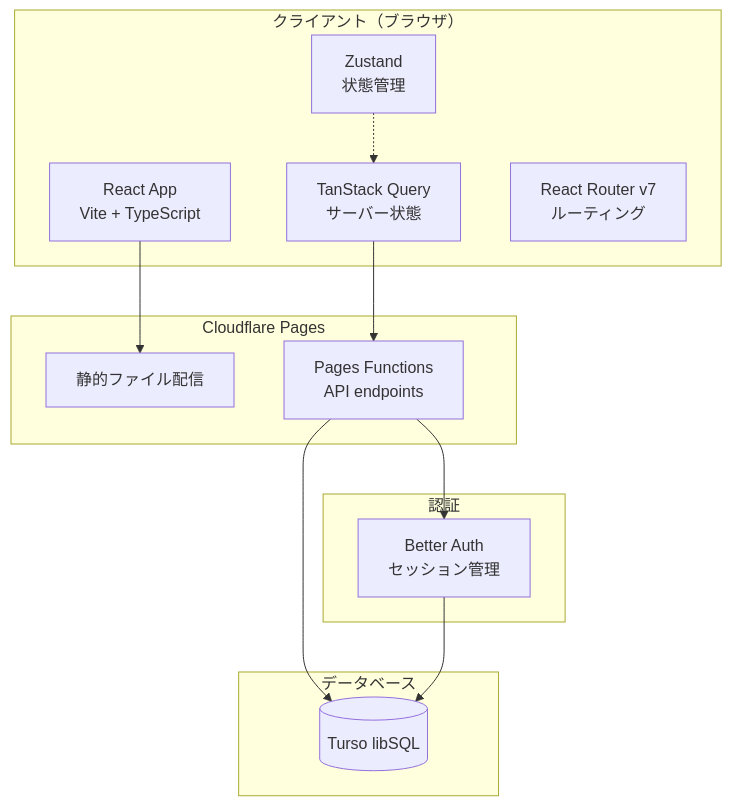
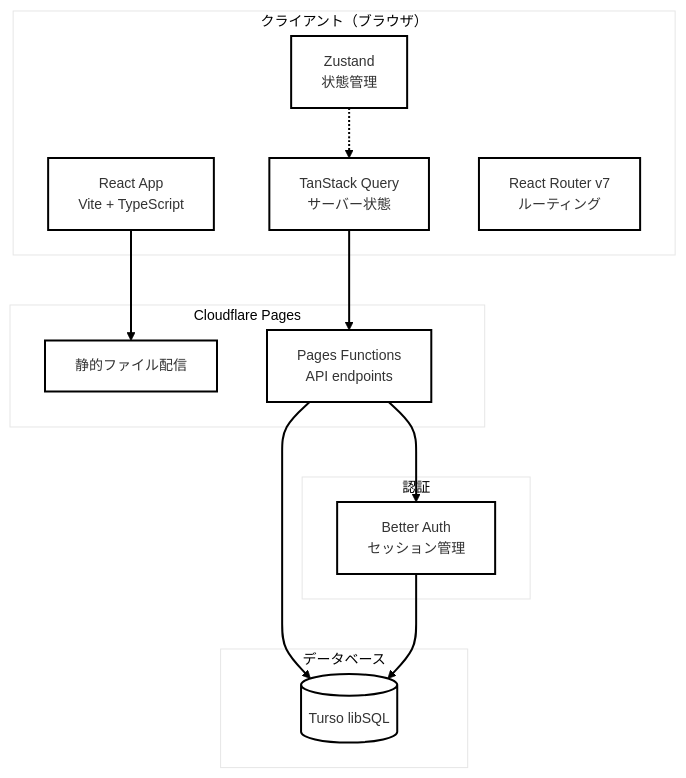
Before and after one commit to oumelab/demo-react-event-calendar: the first of 4 diagrams in README.md, drawn with Mermaid. The commit also changed other lines of this file and 8 other files, not shown here.

````diff
--- a/README.md
+++ b/README.md
@@ -122,30 +123,29 @@
-  ```mermaid
-  graph TB
-      subgraph "クライアント（ブラウザ）"
-          React[React App<br/>Vite + TypeScript]
-          Zustand[Zustand<br/>状態管理]
-          TanStack[TanStack Query<br/>サーバー状態]
-          ReactRouter[React Router v7<br/>ルーティング]
-      end
-
-      subgraph "Cloudflare Pages"
-          StaticFiles[静的ファイル配信]
-          Functions[Pages Functions<br/>API endpoints]
-      end
-
-      subgraph "データベース"
-          Turso[(Turso libSQL)]
-      end
-
-      subgraph "認証"
-          BetterAuth[Better Auth<br/>セッション管理]
-      end
-
-      React --> StaticFiles
-      TanStack --> Functions
-      Zustand -.-> TanStack
-      Functions --> Turso
-      Functions --> BetterAuth
-      BetterAuth --> Turso
-
-  ```
+```mermaid
+---
+config:
+  theme: neo
+---
+graph TB
+    subgraph "クライアント（ブラウザ）"
+        React[React App<br/>Vite + TypeScript]
+        Zustand[Zustand<br/>状態管理]
+        TanStack[TanStack Query<br/>サーバー状態]
+        ReactRouter[React Router v7<br/>ルーティング]
+    end
+    subgraph "Cloudflare Pages"
+        StaticFiles[静的ファイル配信]
+        Functions[Pages Functions<br/>API endpoints]
+    end
+    subgraph "データベース"
+        Turso[(Turso libSQL)]
+    end
+    subgraph "認証"
+        BetterAuth[Better Auth<br/>セッション管理]
+    end
+    React --> StaticFiles
+    TanStack --> Functions
+    Zustand -.-> TanStack
+    Functions --> Turso
+    Functions --> BetterAuth
+    BetterAuth --> Turso
+```
````
